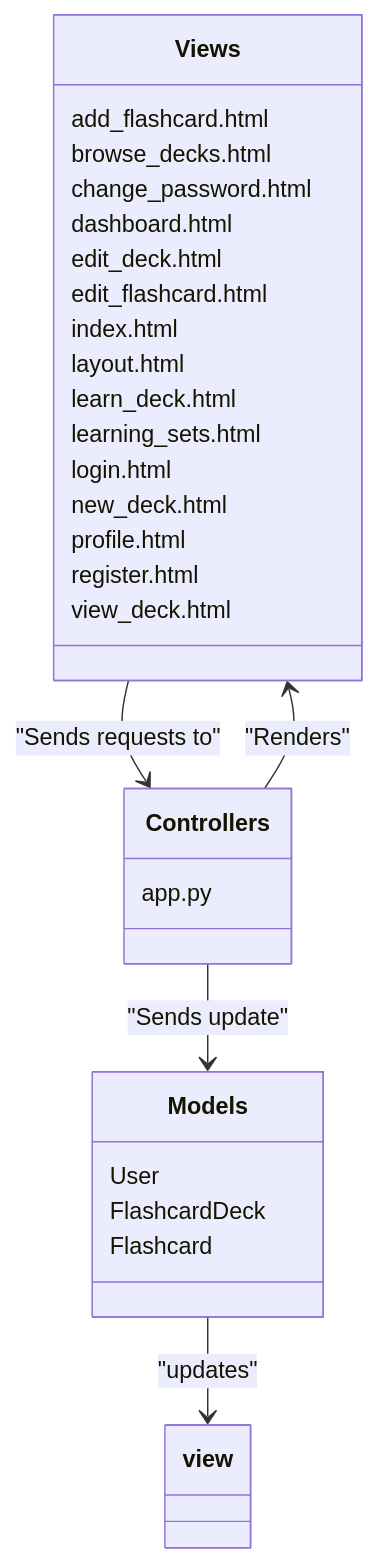
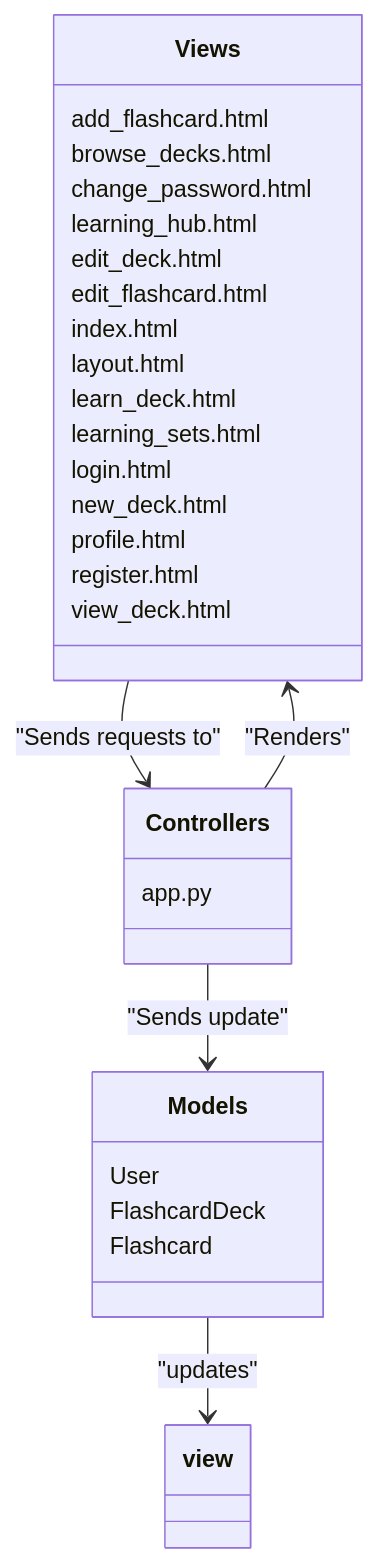
One commit to nadir-tabouni/Lumen changed the first of 4 diagrams in docs/technical-docs/architecture.md. Above: the diagram before and after it, drawn with Mermaid. The commit also changed other lines of this file and 15 other files, not shown here.

Commit message:
improve UI ddd Logo switch Dashboard to learning hub

````diff
--- a/docs/technical-docs/architecture.md
+++ b/docs/technical-docs/architecture.md
@@ -48,35 +48,35 @@
 ```mermaid
 classDiagram
 class Models {
 User
 FlashcardDeck
 Flashcard
 }
 
     class Views {
         add_flashcard.html
         browse_decks.html
         change_password.html
-        dashboard.html
+        learning_hub.html
         edit_deck.html
         edit_flashcard.html
         index.html 
         layout.html
         learn_deck.html
         learning_sets.html
         login.html 
         new_deck.html
         profile.html 
         register.html
         view_deck.html
     }
 
     class Controllers {
         app.py
     }
 
     Models --> view : "updates"
     Controllers --> Views : "Renders"
     Controllers --> Models : "Sends update"
     Views --> Controllers : "Sends requests to"
 ```
````
